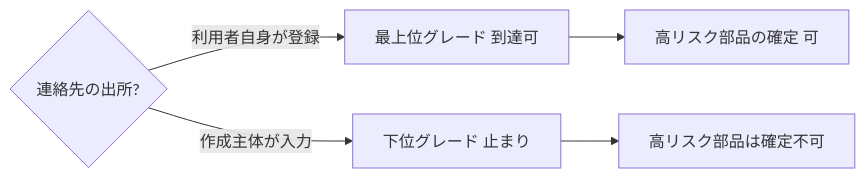
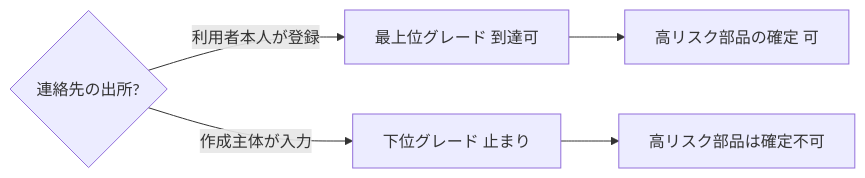
One commit to holy-auto/Ledra changed the third of 5 diagrams in docs/patents/drafts/明細書-07-確定ゲート.md. Above: the diagram before and after it, drawn with Mermaid. The commit also changed other lines of this file and 3 other files, not shown here.

````diff
--- a/docs/patents/drafts/明細書-07-確定ゲート.md
+++ b/docs/patents/drafts/明細書-07-確定ゲート.md
@@ -156,8 +219,8 @@
 ```mermaid
 flowchart LR
     P{連絡先の出所?}
-    P -->|利用者自身が登録| C[最上位グレード 到達可]
+    P -->|利用者本人が登録| C[最上位グレード 到達可]
     P -->|作成主体が入力| S[下位グレード 止まり]
     C --> H[高リスク部品の確定 可]
     S --> X[高リスク部品は確定不可]
 ```
````
